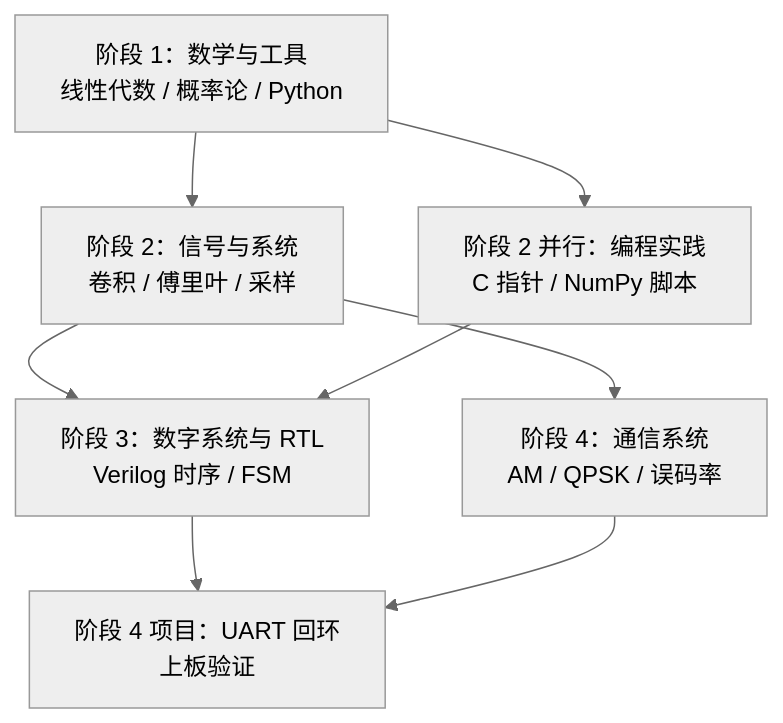
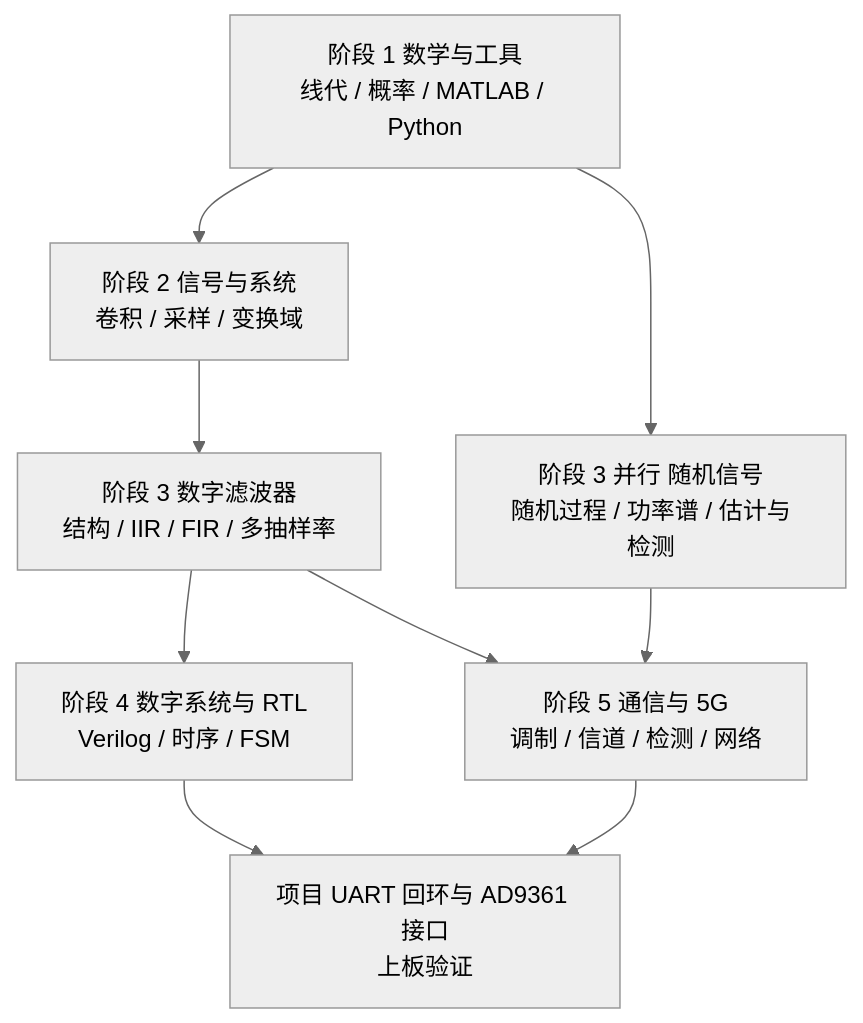
Before and after one commit to aaaaawwaa/aaaaawwaa.github.io: the diagram in content/maps/learning-path.md, drawn with Mermaid (neutral theme). The commit also changed other lines of this file and 4 other files, not shown here.

````diff
--- a/content/maps/learning-path.md
+++ b/content/maps/learning-path.md
@@ -16,10 +16,11 @@
 ```mermaid
 graph TD
-    A["阶段 1：数学与工具<br/>线性代数 / 概率论 / Python"] --> B["阶段 2：信号与系统<br/>卷积 / 傅里叶 / 采样"]
-    A --> E["阶段 2 并行：编程实践<br/>C 指针 / NumPy 脚本"]
-    B --> C["阶段 3：数字系统与 RTL<br/>Verilog 时序 / FSM"]
-    E --> C
-    B --> D["阶段 4：通信系统<br/>AM / QPSK / 误码率"]
-    C --> F["阶段 4 项目：UART 回环<br/>上板验证"]
-    D --> F
+    A["阶段 1 数学与工具<br/>线代 / 概率 / MATLAB / Python"] --> B["阶段 2 信号与系统<br/>卷积 / 采样 / 变换域"]
+    B --> C["阶段 3 数字滤波器<br/>结构 / IIR / FIR / 多抽样率"]
+    A --> D["阶段 3 并行 随机信号<br/>随机过程 / 功率谱 / 估计与检测"]
+    C --> E["阶段 4 数字系统与 RTL<br/>Verilog / 时序 / FSM"]
+    D --> F["阶段 5 通信与 5G<br/>调制 / 信道 / 检测 / 网络"]
+    C --> F
+    E --> G["项目 UART 回环与 AD9361 接口<br/>上板验证"]
+    F --> G
 ```
````
